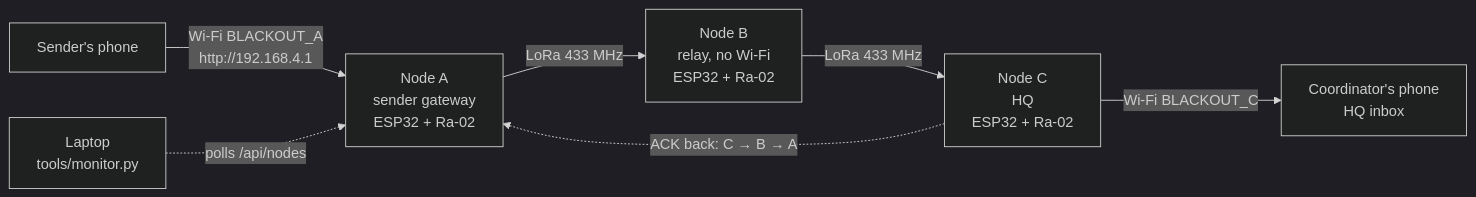
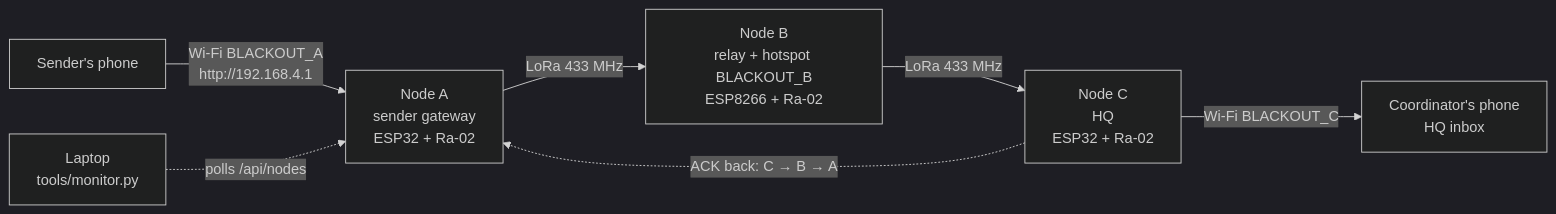
One commit to Arpan-dell/blackout-net changed the first of 8 diagrams in plan.md. Above: the diagram before and after it, drawn with Mermaid (dark theme). The commit also changed other lines of this file and 25 other files, not shown here.

First line of the commit message:
Add control room, drone plan, phase 2 adaptive SF, ESP8266 support and hotspots on every node

````diff
--- a/plan.md
+++ b/plan.md
@@ -12,9 +12,9 @@
 ```mermaid
 flowchart LR
     P1["Sender's phone"] -- "Wi-Fi BLACKOUT_A<br/>http://192.168.4.1" --> A
-    A["Node A<br/>sender gateway<br/>ESP32 + Ra-02"] -- "LoRa 433 MHz" --> B["Node B<br/>relay, no Wi-Fi<br/>ESP32 + Ra-02"]
+    A["Node A<br/>sender gateway<br/>ESP32 + Ra-02"] -- "LoRa 433 MHz" --> B["Node B<br/>relay + hotspot BLACKOUT_B<br/>ESP8266 + Ra-02"]
     B -- "LoRa 433 MHz" --> C["Node C<br/>HQ<br/>ESP32 + Ra-02"]
     C -- "Wi-Fi BLACKOUT_C" --> P2["Coordinator's phone<br/>HQ inbox"]
     C -. "ACK back: C → B → A" .-> A
     L["Laptop<br/>tools/monitor.py"] -. "polls /api/nodes" .-> A
 ```
````
